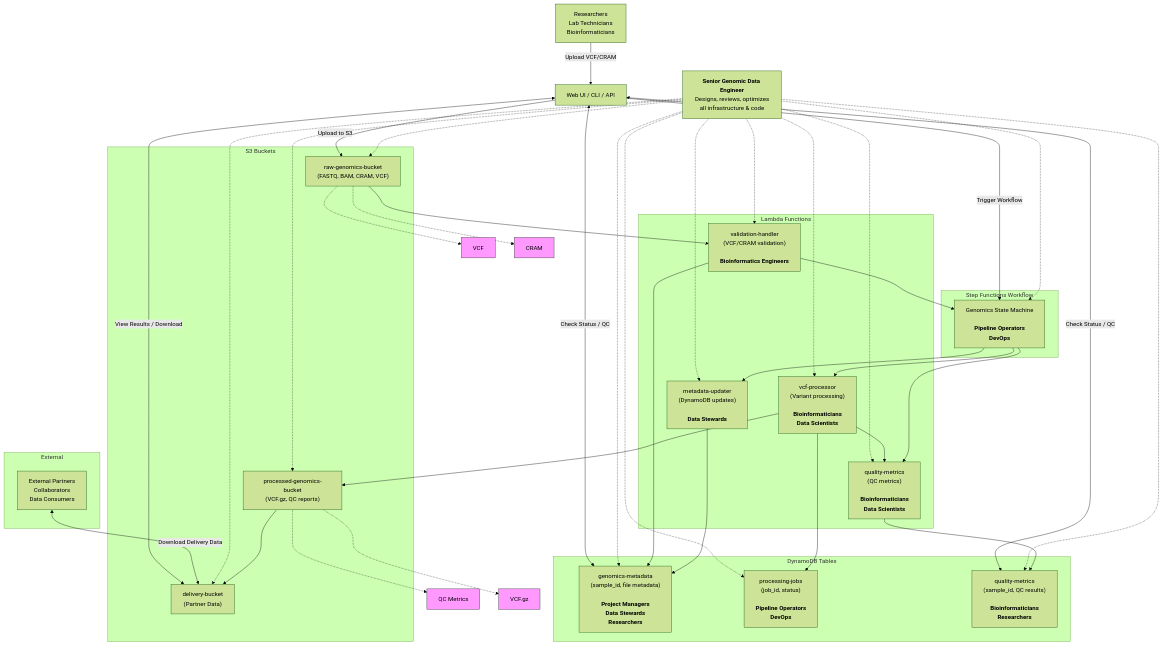
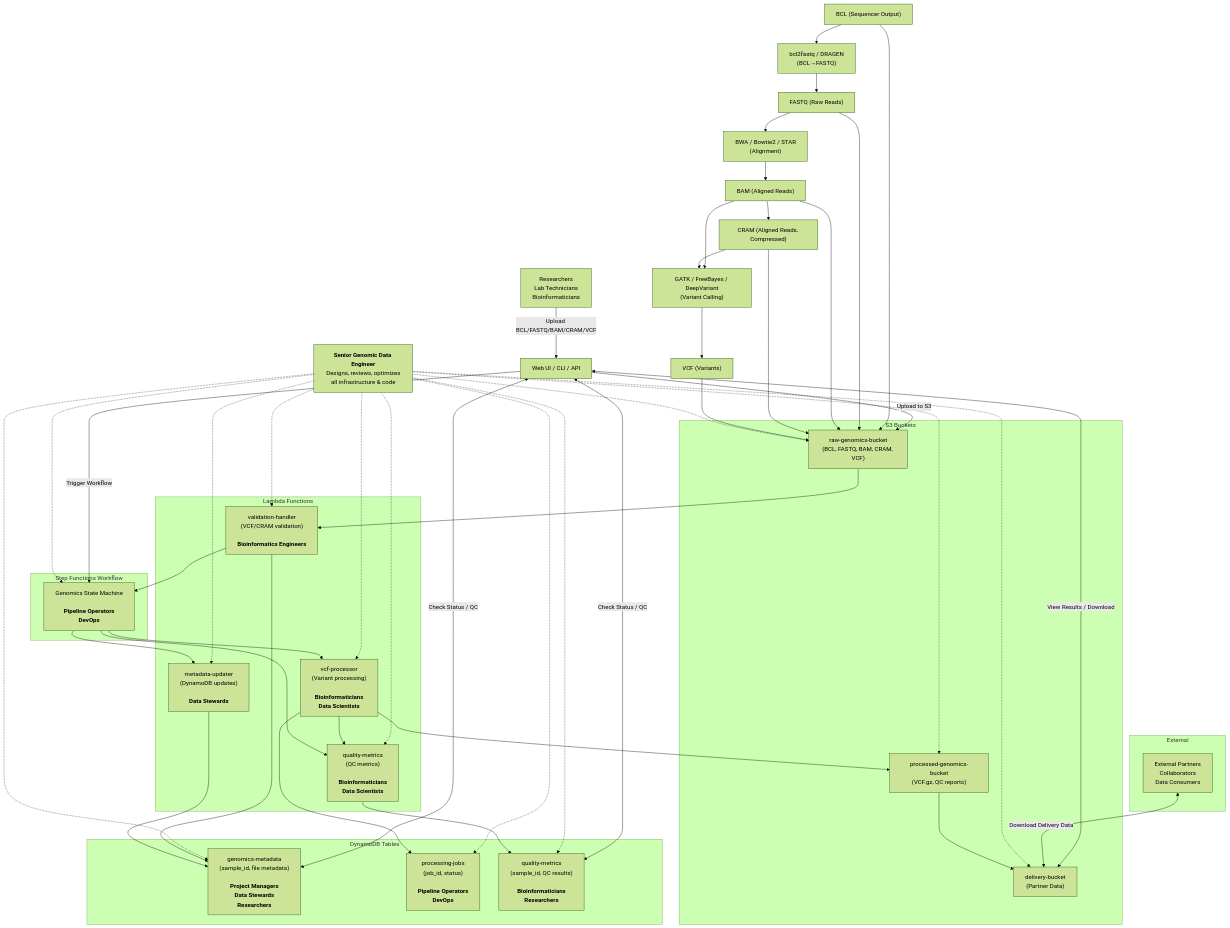
One commit to justin-mbca/genomic_data_etl changed the diagram in README.md. Above: the diagram before and after it, drawn with Mermaid (forest theme).

Commit message:
Remove isolated VCF and CRAM data type nodes from architecture diagram

````diff
--- a/README.md
+++ b/README.md
@@ -7,14 +7,45 @@
 ```mermaid
 flowchart TD
+
 	UPL["Researchers<br>Lab Technicians<br>Bioinformaticians"]
 	UI["Web UI / CLI / API"]
 	SENG["<b>Senior Genomic Data Engineer</b><br>Designs, reviews, optimizes<br>all infrastructure & code"]
 
+	%% Upstream Genomics Pipeline
+	BCL["BCL (Sequencer Output)"]
+	BCL2FQ["bcl2fastq / DRAGEN<br>(BCL→FASTQ)"]
+	FQ["FASTQ (Raw Reads)"]
+	ALIGN["BWA / Bowtie2 / STAR<br>(Alignment)"]
+	BAM["BAM (Aligned Reads)"]
+	CRAM["CRAM (Aligned Reads, Compressed)"]
+	VARCALL["GATK / FreeBayes / DeepVariant<br>(Variant Calling)"]
+	VCF["VCF (Variants)"]
+
+	BCL --> BCL2FQ --> FQ
+	FQ --> ALIGN --> BAM
+	BAM --> CRAM
+	BAM --> VARCALL
+	CRAM --> VARCALL
+	VARCALL --> VCF
+
+	%% S3 Buckets
 	subgraph S3["S3 Buckets"]
-		RAW["raw-genomics-bucket<br>(FASTQ, BAM, CRAM, VCF)"]
+		RAW["raw-genomics-bucket<br>(BCL, FASTQ, BAM, CRAM, VCF)"]
 		PROCESSED["processed-genomics-bucket<br>(VCF.gz, QC reports)"]
 		DELIVERY["delivery-bucket<br>(Partner Data)"]
 	end
+
+	%% Uploads to S3
+	UPL -->|"Upload BCL/FASTQ/BAM/CRAM/VCF"| UI
+	UI -->|"Upload to S3"| RAW
+
+	%% S3 stores all file types
+	BCL --> RAW
+	FQ --> RAW
+	BAM --> RAW
+	CRAM --> RAW
+	VCF --> RAW
+
 
 	subgraph Lambda["Lambda Functions"]
 		VALIDATE["validation-handler<br>(VCF/CRAM validation)<br><br><b>Bioinformatics Engineers</b>"]
@@ -38,8 +69,7 @@
 	end
 
 	%% User Interactions
-	UPL -->|"Upload VCF/CRAM"| UI
-	UI -->|"Upload to S3"| RAW
+
 	UI -->|"Trigger Workflow"| WORKFLOW
 	UI <-->|"View Results / Download"| DELIVERY
 	UI <-->|"Check Status / QC"| META
@@ -72,15 +102,5 @@
 	METAUPD --> META
 	WORKFLOW --> METRICS
 
-	%% Data Types
-	classDef dataType fill:#f9f,stroke:#333,stroke-width:1px;
-	VCF["VCF"]:::dataType
-	CRAM["CRAM"]:::dataType
-	QC_METRICS["QC Metrics"]:::dataType
-	VCF_GZ["VCF.gz"]:::dataType
-
-	RAW -.-> VCF
-	RAW -.-> CRAM
-	PROCESSED -.-> VCF_GZ
-	PROCESSED -.-> QC_METRICS
+	%% Data Types (removed isolated VCF/CRAM nodes)
 ```
````
